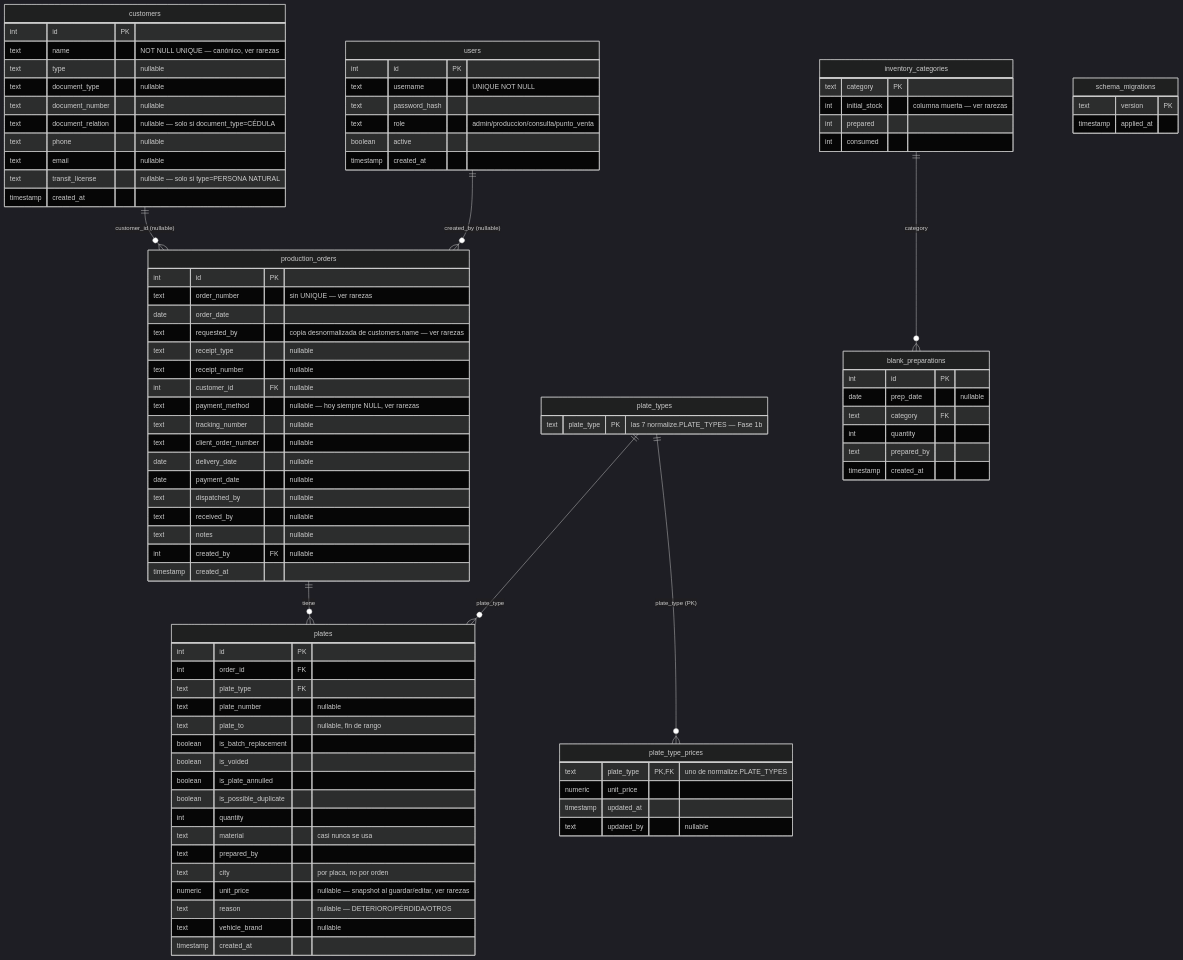
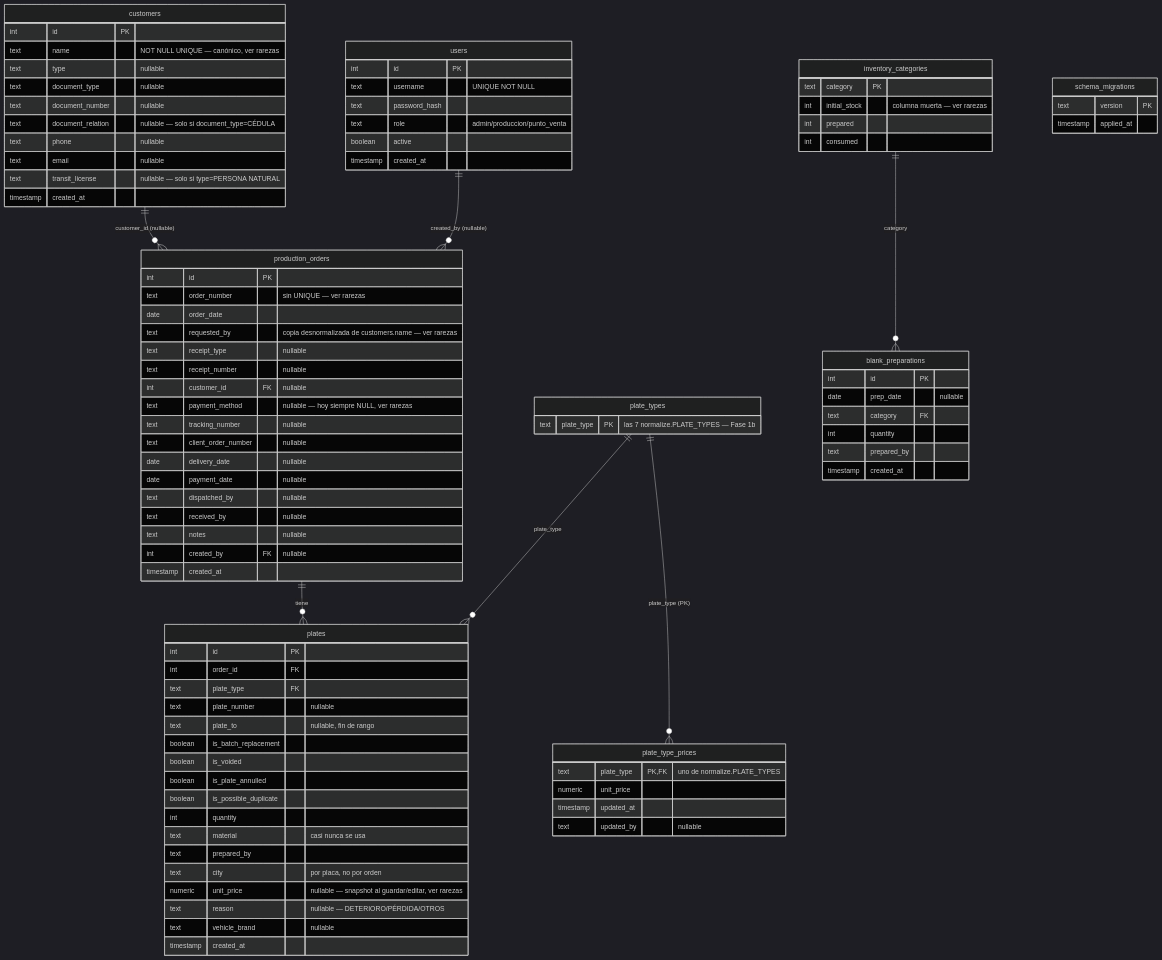
The diagram in docs/DATABASE.md (nickkmm/plates), drawn with Mermaid (dark theme) before and after one commit. The commit also changed other lines of this file and 3 other files, not shown here.

First line of the commit message:
Update docs for the 3-role model (drop 'consulta')

```diff
--- a/docs/DATABASE.md
+++ b/docs/DATABASE.md
@@ -101,7 +101,7 @@
         int id PK
         text username "UNIQUE NOT NULL"
         text password_hash
-        text role "admin/produccion/consulta/punto_venta"
+        text role "admin/produccion/punto_venta"
         boolean active
         timestamp created_at
     }
```
